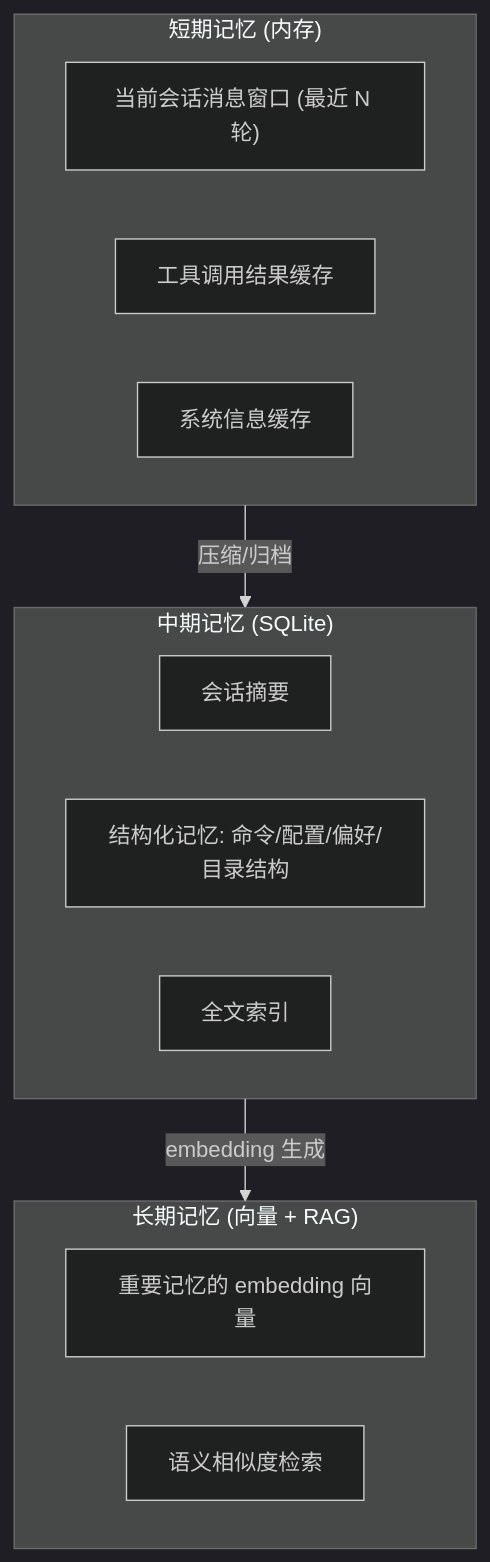
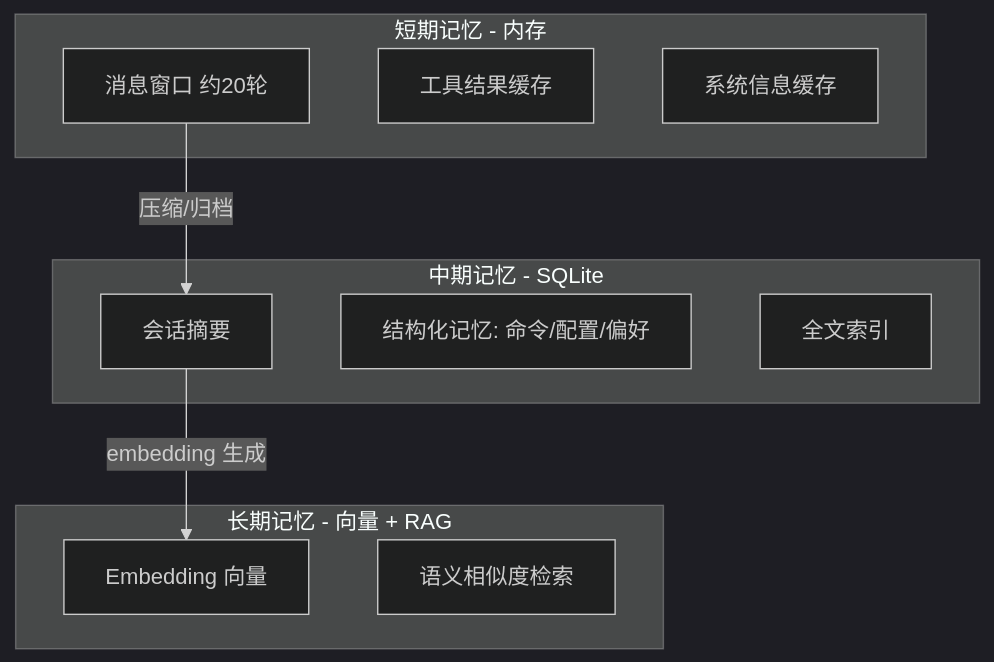
Before and after one commit to LingNc/aicli: the sixth of 9 diagrams in docs/plan.md, drawn with Mermaid (dark theme). The commit also changed other lines of this file, not shown here.

````diff
--- a/docs/plan.md
+++ b/docs/plan.md
@@ -473,22 +545,22 @@
 ```mermaid
 graph TB
-    subgraph 短期记忆["短期记忆 (内存)"]
-        SM1["当前会话消息窗口 (最近 N 轮)"]
-        SM2["工具调用结果缓存"]
-        SM3["系统信息缓存"]
+    subgraph SM1["短期记忆 - 内存"]
+        WM["消息窗口 约20轮"]
+        TC["工具结果缓存"]
+        SC["系统信息缓存"]
     end
 
-    subgraph 中期记忆["中期记忆 (SQLite)"]
-        MM1["会话摘要"]
-        MM2["结构化记忆: 命令/配置/偏好/目录结构"]
-        MM3["全文索引"]
+    subgraph SM2["中期记忆 - SQLite"]
+        ST2["会话摘要"]
+        ST["结构化记忆: 命令/配置/偏好"]
+        FI["全文索引"]
     end
 
-    subgraph 长期记忆["长期记忆 (向量 + RAG)"]
-        LM1["重要记忆的 embedding 向量"]
-        LM2["语义相似度检索"]
+    subgraph LM["长期记忆 - 向量 + RAG"]
+        VE["Embedding 向量"]
+        SS["语义相似度检索"]
     end
 
-    短期记忆 -->|"压缩/归档"| 中期记忆
-    中期记忆 -->|"embedding 生成"| 长期记忆
+    WM -->|"压缩/归档"| ST2
+    ST2 -->|"embedding 生成"| VE
 ```
````
